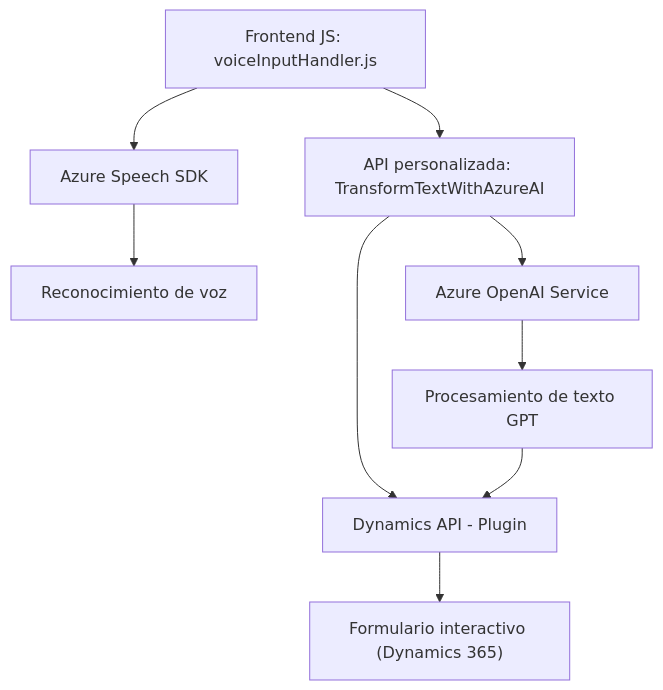
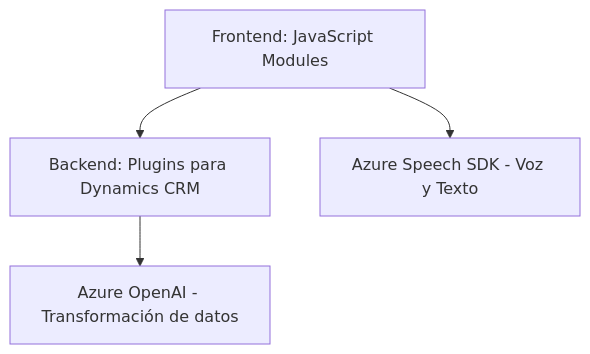
One commit to blopezdm/NETCORE_BILBAO2025 changed the diagram in README.md. Above: the diagram before and after it, drawn with Mermaid. The commit also changed other lines of this file, not shown here.

````diff
--- a/README.md
+++ b/README.md
@@ -60,11 +46,10 @@
 ```mermaid
 graph TD
-A["Frontend JS: voiceInputHandler.js"] --> B["Azure Speech SDK"]
-A --> C["API personalizada: TransformTextWithAzureAI"]
-B --> D["Reconocimiento de voz"]
-C --> E["Azure OpenAI Service"]
-C --> F["Dynamics API - Plugin"]
-E --> G["Procesamiento de texto GPT"]
-F --> H["Formulario interactivo (Dynamics 365)"]
-G --> F
+    A["Frontend: JavaScript Modules"]
+    B["Backend: Plugins para Dynamics CRM"]
+    C["Azure Speech SDK - Voz y Texto"]
+    D["Azure OpenAI - Transformación de datos"]
+    A --> C
+    A --> B
+    B --> D
 ```
````
